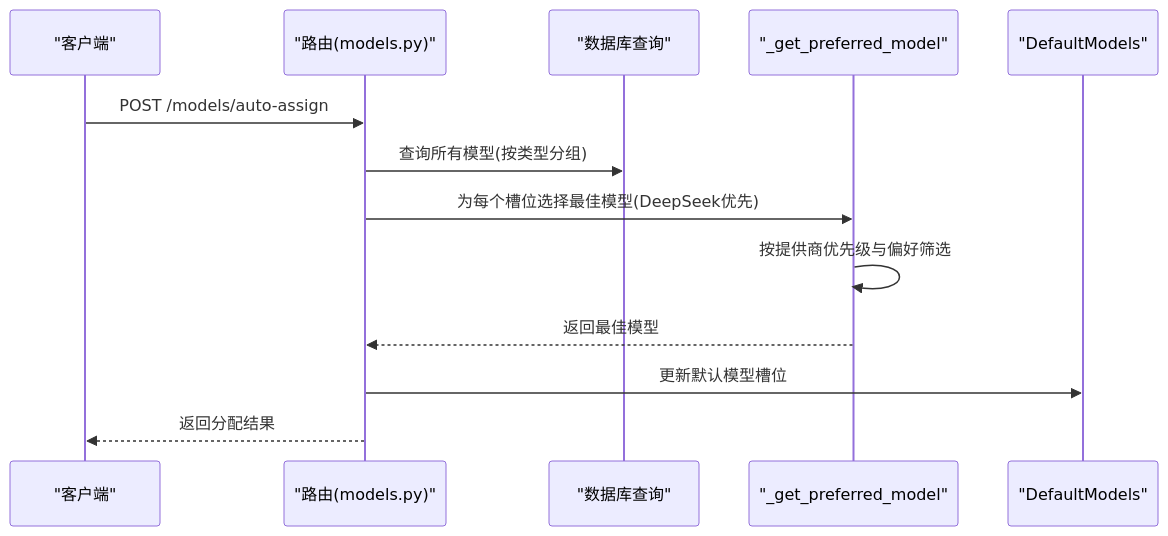
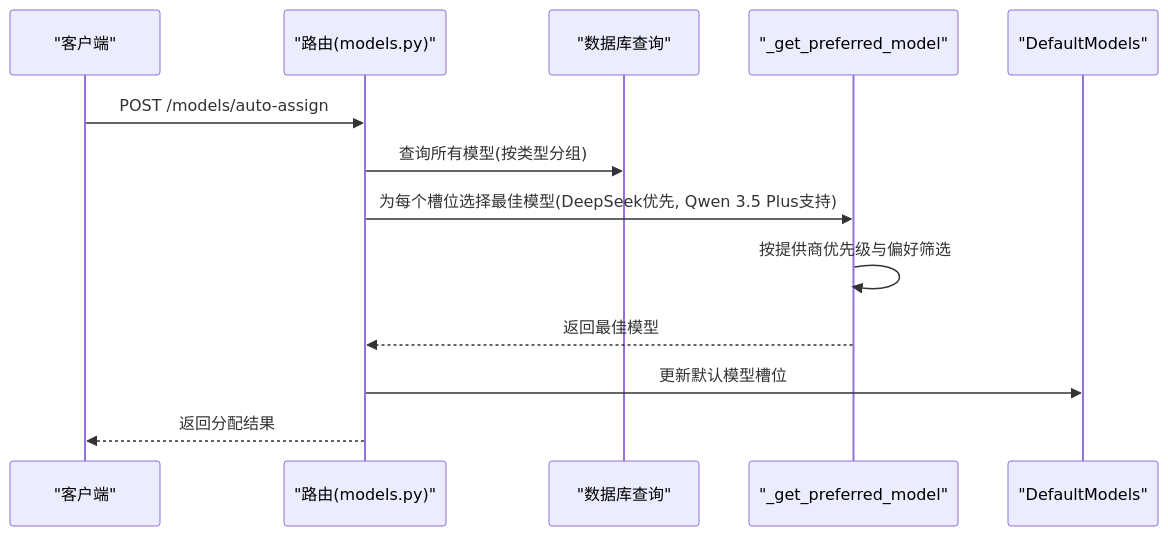
The sixth of 7 diagrams in .qoder/repowiki/zh/content/后端架构/AI服务集成/模型发现与选择.md (jackeyunjie/open-notebook), drawn with Mermaid before and after one commit. The commit also changed other lines of this file and 51 other files, not shown here.

````diff
--- a/.qoder/repowiki/zh/content/后端架构/AI服务集成/模型发现与选择.md
+++ b/.qoder/repowiki/zh/content/后端架构/AI服务集成/模型发现与选择.md
@@ -304,15 +322,15 @@
 ```mermaid
 sequenceDiagram
 participant C as "客户端"
 participant R as "路由(models.py)"
 participant Q as "数据库查询"
 participant SEL as "_get_preferred_model"
 participant D as "DefaultModels"
 C->>R : POST /models/auto-assign
 R->>Q : 查询所有模型(按类型分组)
-R->>SEL : 为每个槽位选择最佳模型(DeepSeek优先)
+R->>SEL : 为每个槽位选择最佳模型(DeepSeek优先, Qwen 3.5 Plus支持)
 SEL->>SEL : 按提供商优先级与偏好筛选
 SEL-->>R : 返回最佳模型
 R->>D : 更新默认模型槽位
 R-->>C : 返回分配结果
 ```
````
